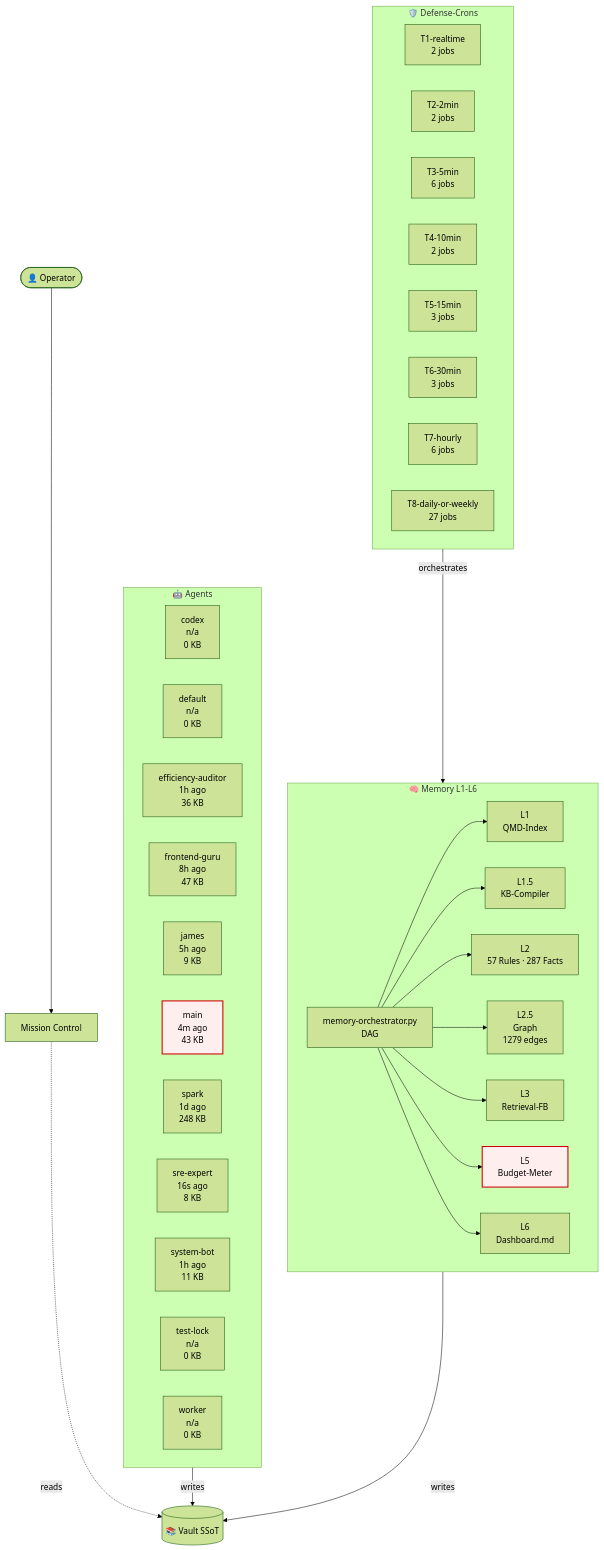
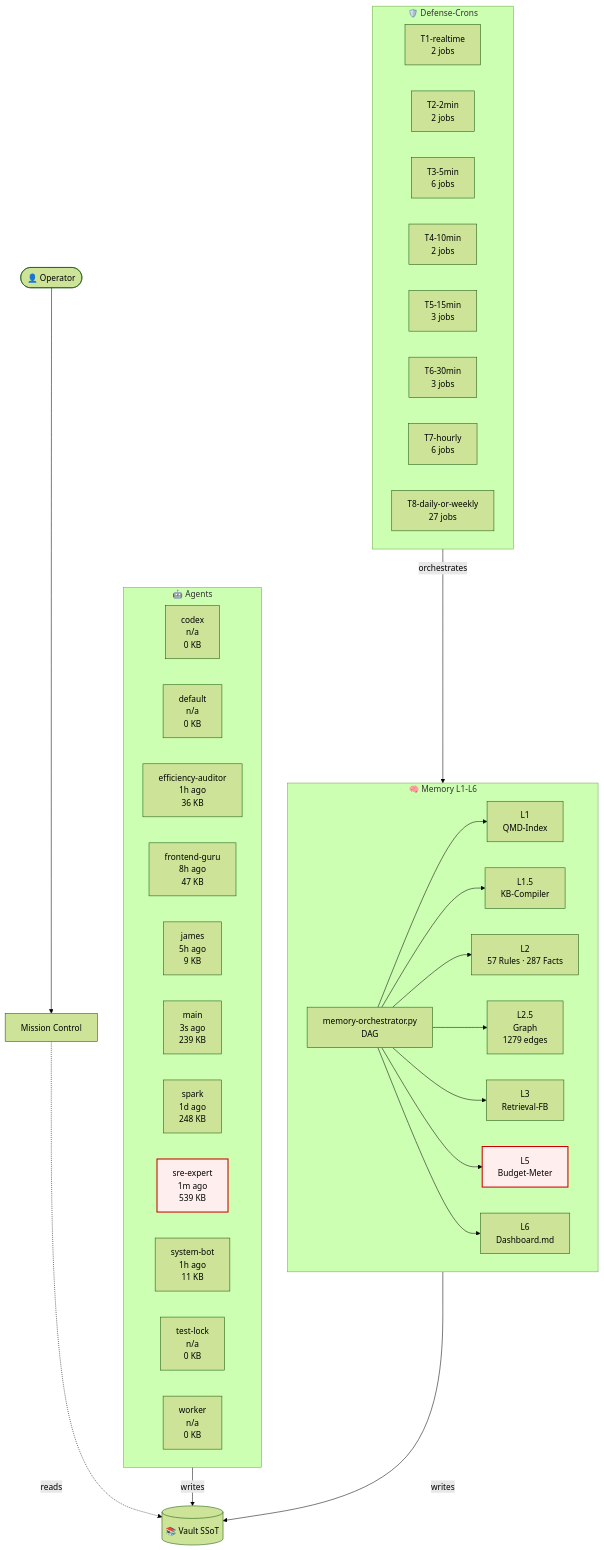
One commit to lenardhuebner88-rgb/openclaw-memory changed the diagram in 03-Agents/architecture-live.md. Above: the diagram before and after it, drawn with Mermaid (forest theme). The commit also changed other lines of this file and 36 other files, not shown here.

````diff
--- a/03-Agents/architecture-live.md
+++ b/03-Agents/architecture-live.md
@@ -18,54 +18,54 @@
 ```mermaid
 flowchart TB
     classDef critical fill:#fee,stroke:#c00,stroke-width:2px;
     subgraph AGT["🤖 Agents"]
         agent_codex["codex<br/>n/a<br/>0 KB"]
         agent_default["default<br/>n/a<br/>0 KB"]
         agent_efficiency_auditor["efficiency-auditor<br/>1h ago<br/>36 KB"]
         agent_frontend_guru["frontend-guru<br/>8h ago<br/>47 KB"]
         agent_james["james<br/>5h ago<br/>9 KB"]
-        agent_main["main<br/>4m ago<br/>43 KB"]
+        agent_main["main<br/>3s ago<br/>239 KB"]
         agent_spark["spark<br/>1d ago<br/>248 KB"]
-        agent_sre_expert["sre-expert<br/>16s ago<br/>8 KB"]
+        agent_sre_expert["sre-expert<br/>1m ago<br/>539 KB"]
         agent_system_bot["system-bot<br/>1h ago<br/>11 KB"]
         agent_test_lock["test-lock<br/>n/a<br/>0 KB"]
         agent_worker["worker<br/>n/a<br/>0 KB"]
     end
     subgraph MEM["🧠 Memory L1-L6"]
         L1["L1<br/>QMD-Index"]
         L15["L1.5<br/>KB-Compiler"]
         L2["L2<br/>57 Rules · 287 Facts"]
         L25["L2.5<br/>Graph<br/>1279 edges"]
         L3["L3<br/>Retrieval-FB"]
         L5["L5<br/>Budget-Meter"]
         L6["L6<br/>Dashboard.md"]
         ORCH["memory-orchestrator.py<br/>DAG"]
     end
     subgraph CRN["🛡️ Defense-Crons"]
         tier_T1_realtime["T1-realtime<br/>2 jobs"]
         tier_T2_2min["T2-2min<br/>2 jobs"]
         tier_T3_5min["T3-5min<br/>6 jobs"]
         tier_T4_10min["T4-10min<br/>2 jobs"]
         tier_T5_15min["T5-15min<br/>3 jobs"]
         tier_T6_30min["T6-30min<br/>3 jobs"]
         tier_T7_hourly["T7-hourly<br/>6 jobs"]
         tier_T8_daily_or_weekly["T8-daily-or-weekly<br/>27 jobs"]
     end
     VAULT[("📚 Vault SSoT")]
     OP([👤 Operator])
     MC["Mission Control"]
     OP --> MC
     MC -.reads.-> VAULT
     AGT -->|writes| VAULT
     MEM -->|writes| VAULT
     ORCH --> L1
     ORCH --> L15
     ORCH --> L2
     ORCH --> L25
     ORCH --> L3
     ORCH --> L5
     ORCH --> L6
     CRN -->|orchestrates| MEM
     class L5 critical
-    class agent_main critical
+    class agent_sre_expert critical
 ```
````
